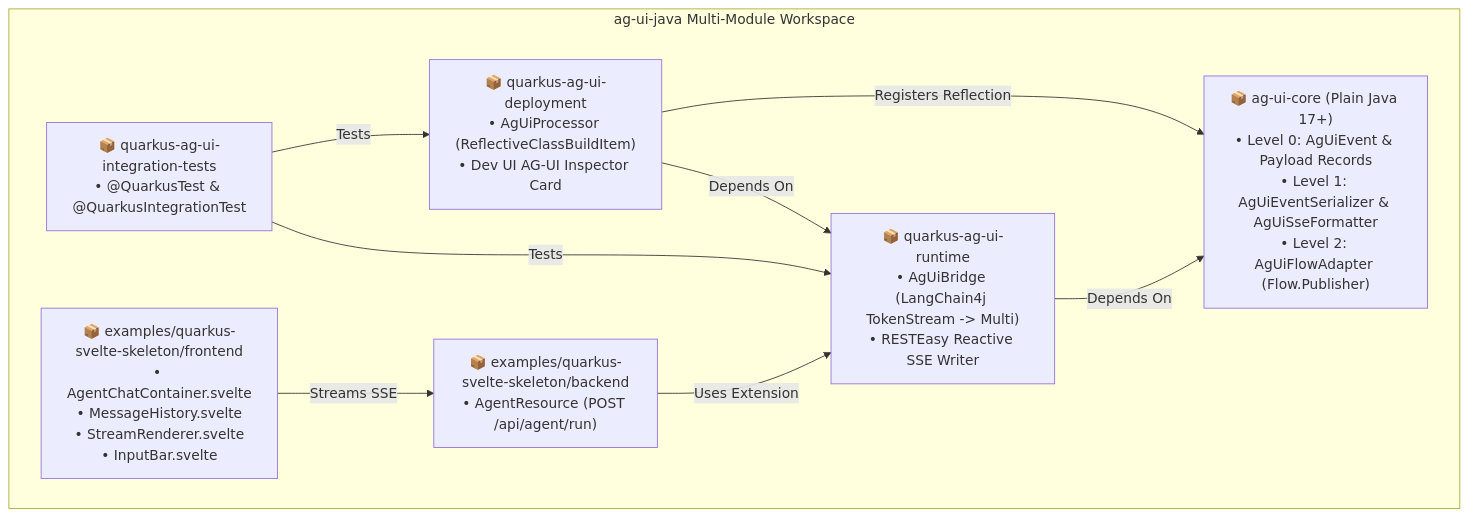
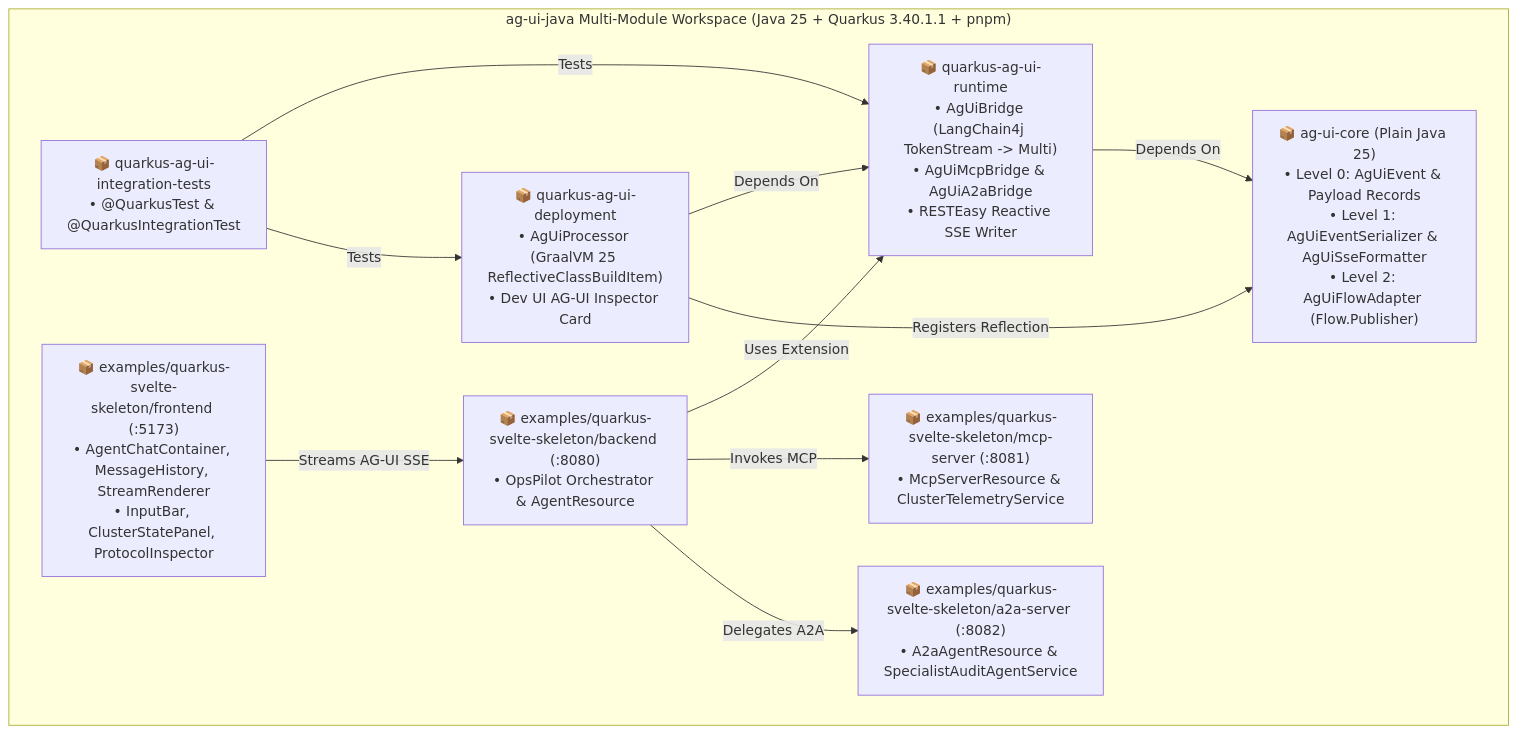
Before and after one commit to fmatar/quarkus-agui: the second of 3 diagrams in docs/specs/C4_ARCHITECTURE.md, drawn with Mermaid. The commit also changed other lines of this file and 59 other files, not shown here.

Commit message:
feat(wave1): implement Quarkus MCP (:8081) & A2A (:8082) servers and ADR-002 (#2)

````diff
--- a/docs/specs/C4_ARCHITECTURE.md
+++ b/docs/specs/C4_ARCHITECTURE.md
@@ -19,19 +21,23 @@
 ```mermaid
 flowchart TD
-    subgraph Repo["ag-ui-java Multi-Module Workspace"]
-        Core["📦 ag-ui-core (Plain Java 17+)\n• Level 0: AgUiEvent<T> & Payload Records\n• Level 1: AgUiEventSerializer & AgUiSseFormatter\n• Level 2: AgUiFlowAdapter (Flow.Publisher)"]
-        Runtime["📦 quarkus-ag-ui-runtime\n• AgUiBridge (LangChain4j TokenStream -> Multi<AgUiEvent>)\n• RESTEasy Reactive SSE Writer"]
-        Deployment["📦 quarkus-ag-ui-deployment\n• AgUiProcessor (ReflectiveClassBuildItem)\n• Dev UI AG-UI Inspector Card"]
+    subgraph Repo["ag-ui-java Multi-Module Workspace (Java 25 + Quarkus 3.40.1.1 + pnpm)"]
+        Core["📦 ag-ui-core (Plain Java 25)\n• Level 0: AgUiEvent<T> & Payload Records\n• Level 1: AgUiEventSerializer & AgUiSseFormatter\n• Level 2: AgUiFlowAdapter (Flow.Publisher)"]
+        Runtime["📦 quarkus-ag-ui-runtime\n• AgUiBridge (LangChain4j TokenStream -> Multi<AgUiEvent>)\n• AgUiMcpBridge & AgUiA2aBridge\n• RESTEasy Reactive SSE Writer"]
+        Deployment["📦 quarkus-ag-ui-deployment\n• AgUiProcessor (GraalVM 25 ReflectiveClassBuildItem)\n• Dev UI AG-UI Inspector Card"]
         IT["📦 quarkus-ag-ui-integration-tests\n• @QuarkusTest & @QuarkusIntegrationTest"]
-        ExBackend["📦 examples/quarkus-svelte-skeleton/backend\n• AgentResource (POST /api/agent/run)"]
-        ExFrontend["📦 examples/quarkus-svelte-skeleton/frontend\n• AgentChatContainer.svelte\n• MessageHistory.svelte\n• StreamRenderer.svelte\n• InputBar.svelte"]
+        ExMcp["📦 examples/quarkus-svelte-skeleton/mcp-server (:8081)\n• McpServerResource & ClusterTelemetryService"]
+        ExA2a["📦 examples/quarkus-svelte-skeleton/a2a-server (:8082)\n• A2aAgentResource & SpecialistAuditAgentService"]
+        ExBackend["📦 examples/quarkus-svelte-skeleton/backend (:8080)\n• OpsPilot Orchestrator & AgentResource"]
+        ExFrontend["📦 examples/quarkus-svelte-skeleton/frontend (:5173)\n• AgentChatContainer, MessageHistory, StreamRenderer\n• InputBar, ClusterStatePanel, ProtocolInspector"]
     end
 
     Runtime -->|"Depends On"| Core
     Deployment -->|"Depends On"| Runtime
     Deployment -->|"Registers Reflection"| Core
     IT -->|"Tests"| Runtime
     IT -->|"Tests"| Deployment
     ExBackend -->|"Uses Extension"| Runtime
-    ExFrontend -->|"Streams SSE"| ExBackend
+    ExBackend -->|"Invokes MCP"| ExMcp
+    ExBackend -->|"Delegates A2A"| ExA2a
+    ExFrontend -->|"Streams AG-UI SSE"| ExBackend
 ```
````
